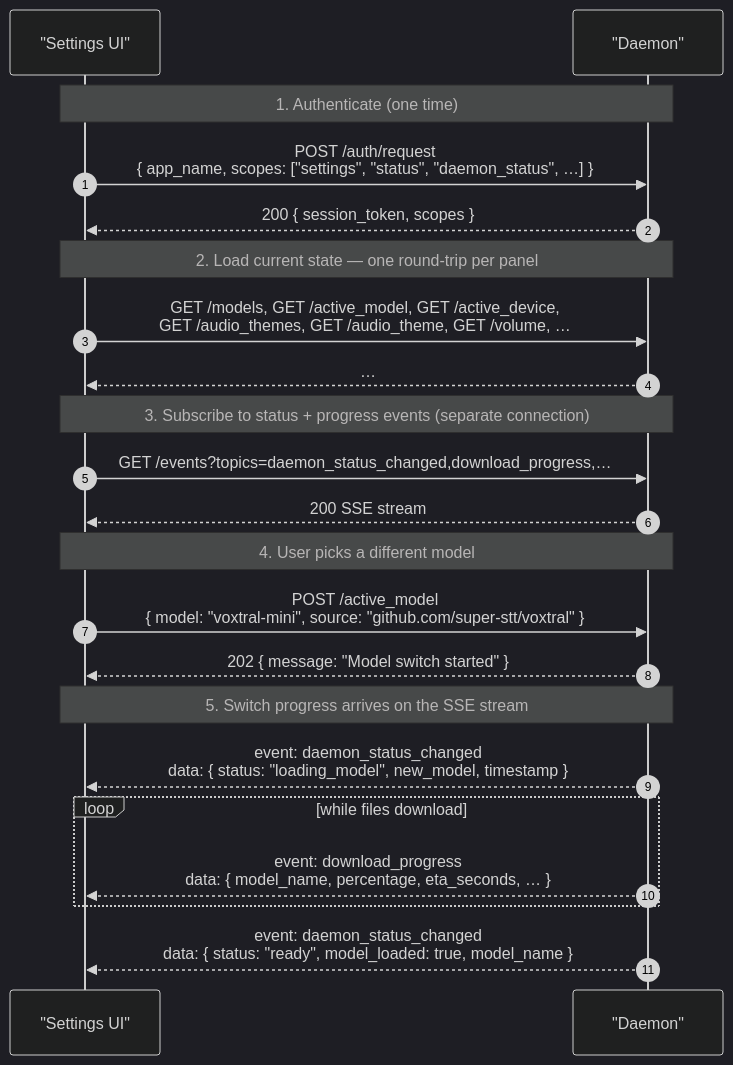
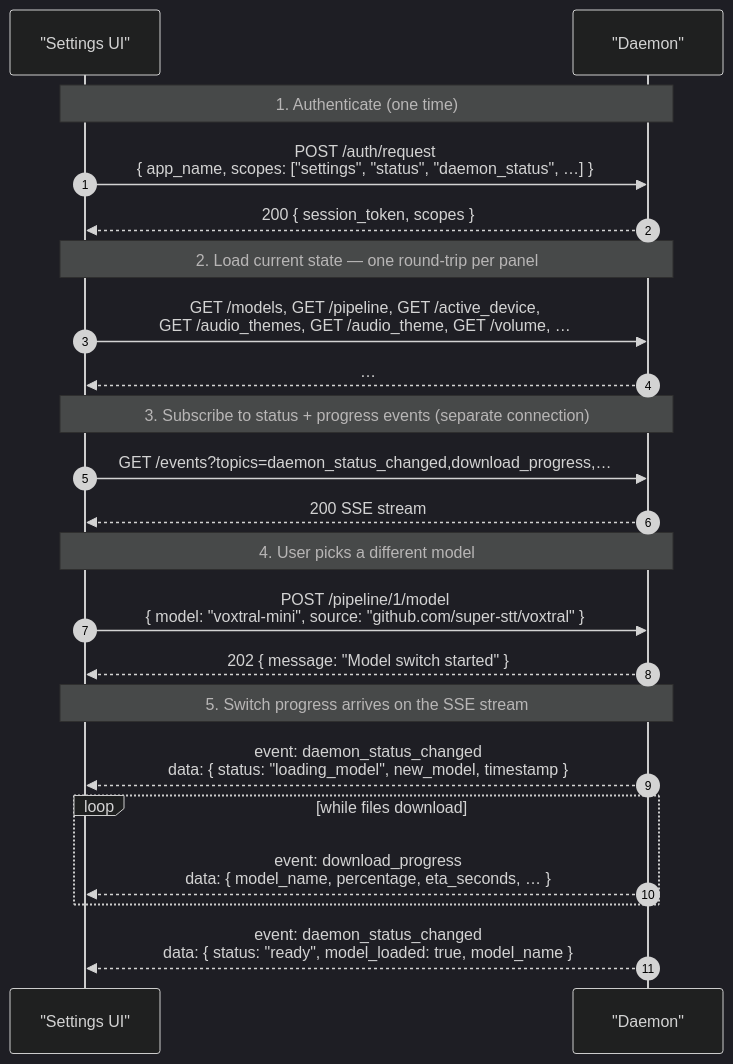
One commit to jorge-menjivar/super-stt changed the diagram in docs/protocol/scopes/settings.md. Above: the diagram before and after it, drawn with Mermaid (dark theme). The commit also changed other lines of this file and 97 other files, not shown here.

Commit message:
Add transcript post-processing and a pipeline-addressed model API (#391)

````diff
--- a/docs/protocol/scopes/settings.md
+++ b/docs/protocol/scopes/settings.md
@@ -79,29 +81,29 @@
 ```mermaid
 sequenceDiagram
     autonumber
     participant App as "Settings UI"
     participant D as "Daemon"
 
     Note over App,D: 1. Authenticate (one time)
     App->>D: POST /auth/request<br/>{ app_name, scopes: ["settings", "status", "daemon_status", …] }
     D-->>App: 200 { session_token, scopes }
 
     Note over App,D: 2. Load current state — one round-trip per panel
-    App->>D: GET /models, GET /active_model, GET /active_device,<br/>      GET /audio_themes, GET /audio_theme, GET /volume, …
+    App->>D: GET /models, GET /pipeline, GET /active_device,<br/>      GET /audio_themes, GET /audio_theme, GET /volume, …
     D-->>App: …
 
     Note over App,D: 3. Subscribe to status + progress events (separate connection)
     App->>D: GET /events?topics=daemon_status_changed,download_progress,…
     D-->>App: 200 SSE stream
 
     Note over App,D: 4. User picks a different model
-    App->>D: POST /active_model<br/>{ model: "voxtral-mini", source: "github.com/super-stt/voxtral" }
+    App->>D: POST /pipeline/1/model<br/>{ model: "voxtral-mini", source: "github.com/super-stt/voxtral" }
     D-->>App: 202 { message: "Model switch started" }
 
     Note over App,D: 5. Switch progress arrives on the SSE stream
     D-->>App: event: daemon_status_changed<br/>data: { status: "loading_model", new_model, timestamp }
     loop while files download
         D-->>App: event: download_progress<br/>data: { model_name, percentage, eta_seconds, … }
     end
     D-->>App: event: daemon_status_changed<br/>data: { status: "ready", model_loaded: true, model_name }
 ```
````
